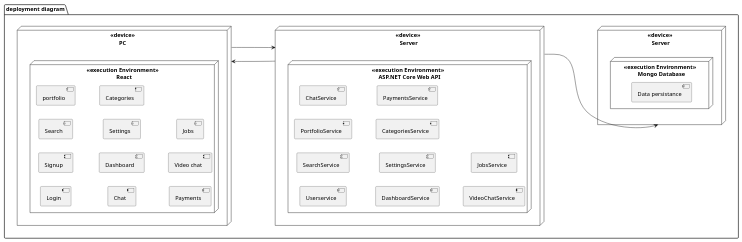
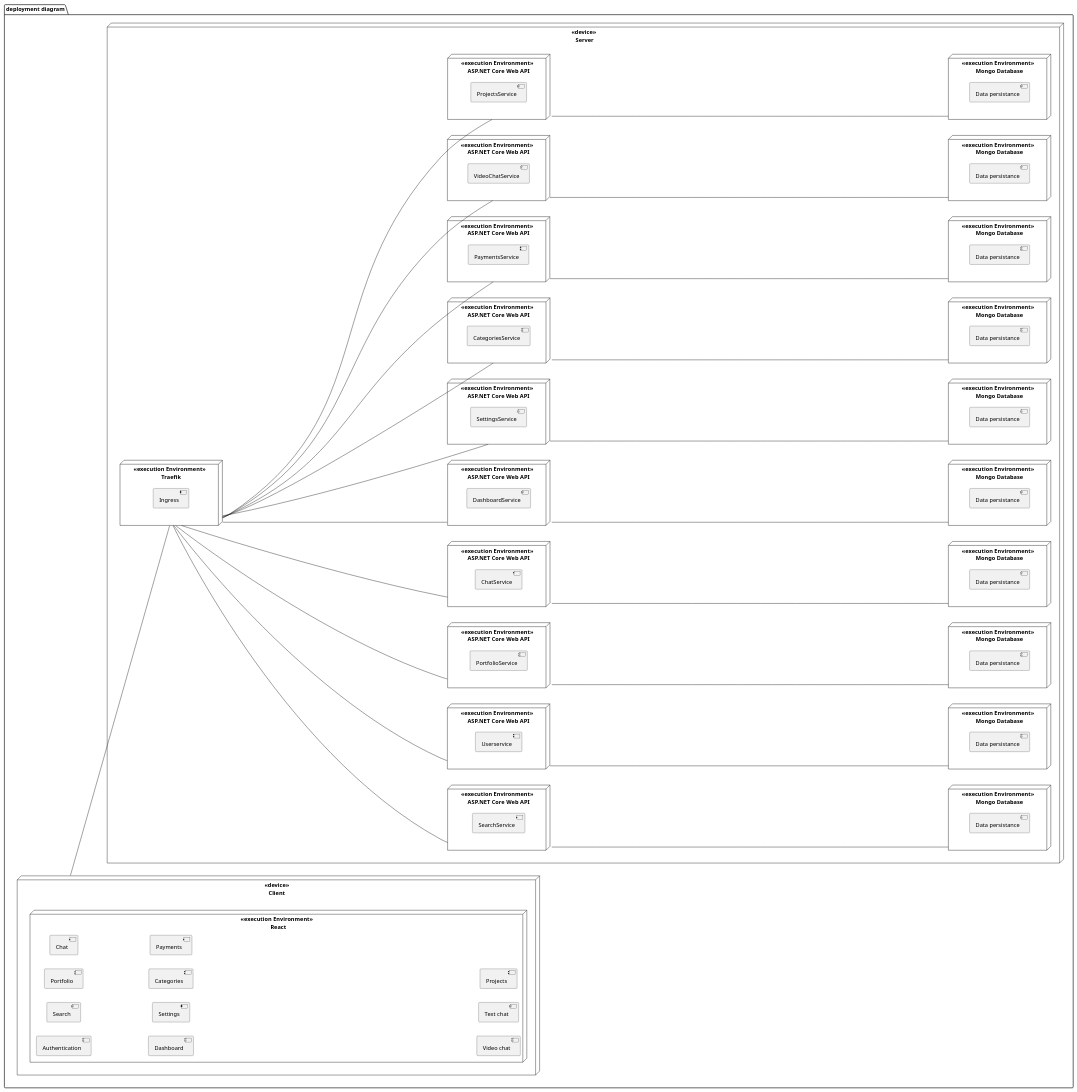
One commit to converge-app/diagrams changed the diagram in src/software-architecture/physical-view/deployment.pu. Above: the diagram before and after it, drawn with PlantUML. The commit also changed 1 other file, not shown here.

```diff
--- a/src/software-architecture/physical-view/deployment.pu
+++ b/src/software-architecture/physical-view/deployment.pu
@@ -1,59 +1,118 @@
 @startuml
 
 skinparam monochrome true
 skinparam componentStyle uml2
 
 left to right direction
 package "deployment diagram" as sa {
 
-node "<<device>>\n PC " as presentation {
+node "<<device>>\n Client " as presentation {
 node "<<execution Environment>>\n  React"{
   
-[Login] 
-[Signup]
+[Authentication] 
 [Search]
-[portfolio]
+[Portfolio]
 [Chat]
 [Dashboard]
 [Settings]
 [Categories]
 [Payments]
 [Video chat]
-[Jobs]
+[Text chat]
+[Projects]
   
 }
 }
 node "<<device>>\n Server" as webAPI{
+
+node  "<<execution Environment>>\n  Traefik" as t {
+  [Ingress]
+}
   
-node  "<<execution Environment>>\n  ASP.NET Core Web API" {
+node  "<<execution Environment>>\n  ASP.NET Core Web API" as 1 {
+  [SearchService]
+}
+node  "<<execution Environment>>\n  Mongo Database" as m1 {
+  [Data persistance] as d1
+}
+node  "<<execution Environment>>\n  ASP.NET Core Web API" as 2 {
+  [Userservice]
+}
+node  "<<execution Environment>>\n  Mongo Database" as m2 {
+  [Data persistance] as d2
+}
+node  "<<execution Environment>>\n  ASP.NET Core Web API" as 3 {
+  [PortfolioService]
+}
+node  "<<execution Environment>>\n  Mongo Database" as m3 {
+  [Data persistance] as d3
+}
+node  "<<execution Environment>>\n  ASP.NET Core Web API" as 4 {
+  [ChatService]
+}
+node  "<<execution Environment>>\n  Mongo Database" as m4 {
+  [Data persistance] as d4
+}
+node  "<<execution Environment>>\n  ASP.NET Core Web API" as 5 {
+  [DashboardService] 
+}
+node  "<<execution Environment>>\n  Mongo Database" as m5 {
+  [Data persistance]  as d5
+}
+node  "<<execution Environment>>\n  ASP.NET Core Web API" as 6 {
+  [SettingsService] 
+}
+node  "<<execution Environment>>\n  Mongo Database" as m6 {
+  [Data persistance]  as d6
+}
+node  "<<execution Environment>>\n  ASP.NET Core Web API" as 7 {
+  [CategoriesService]
+}
+node  "<<execution Environment>>\n  Mongo Database" as m7 {
+  [Data persistance]  as d7
+}
+node  "<<execution Environment>>\n  ASP.NET Core Web API" as 8 {
+  [PaymentsService]
+}
+node  "<<execution Environment>>\n  Mongo Database" as m8 {
+  [Data persistance]  as d8
+}
+node  "<<execution Environment>>\n  ASP.NET Core Web API" as 9 {
+  [VideoChatService] 
+}
+node  "<<execution Environment>>\n  Mongo Database" as m9 {
+  [Data persistance]  as d9
+}
+node  "<<execution Environment>>\n  ASP.NET Core Web API" as 10 {
+  [ProjectsService]
+}
+node  "<<execution Environment>>\n  Mongo Database" as m10 {
+  [Data persistance]  as d10
+}
+}
+
+1 -- m1
+2 -- m2
+3 -- m3
+4 -- m4
+5 -- m5
+6 -- m6
+7 -- m7
+8 -- m8
+9 -- m9
+10 -- m10
   
-  [Userservice] 
-  [SearchService] 
-  [PortfolioService]
-  [ChatService]
-  [DashboardService] 
-  [SettingsService] 
-  [CategoriesService]
-  [PaymentsService]
-  [VideoChatService] 
-  [JobsService]
-  
-  
-  }
-  }
-node "<<device>>\n Server" as mongodb{
-node  "<<execution Environment>>\n  Mongo Database" {
-  
-  [Data persistance] 
+t -- 1
+t -- 2
+t -- 3
+t -- 4
+t -- 5
+t -- 6
+t -- 7
+t -- 8
+t -- 9
+t -- 10
 
-  }
-  }
-  
-}
-presentation --> webAPI
-webAPI --> mongodb
-webAPI -left-> presentation
-presentation ----[hidden]-->webAPI
-webAPI --[hidden]---->mongodb
+presentation -- t
 
 @enduml
```
